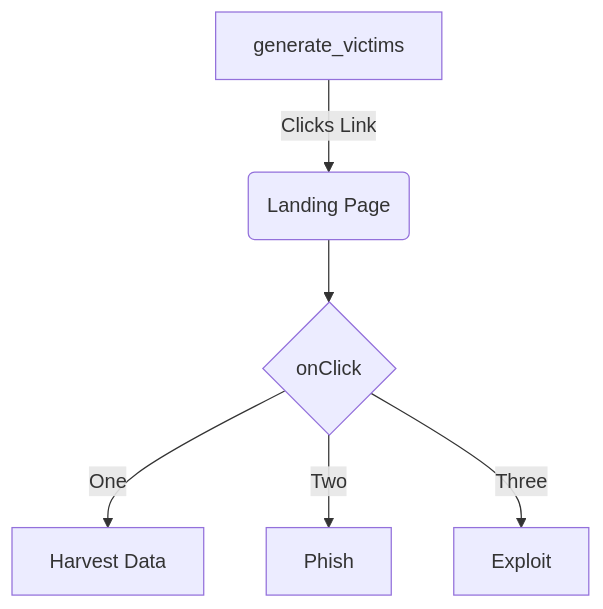
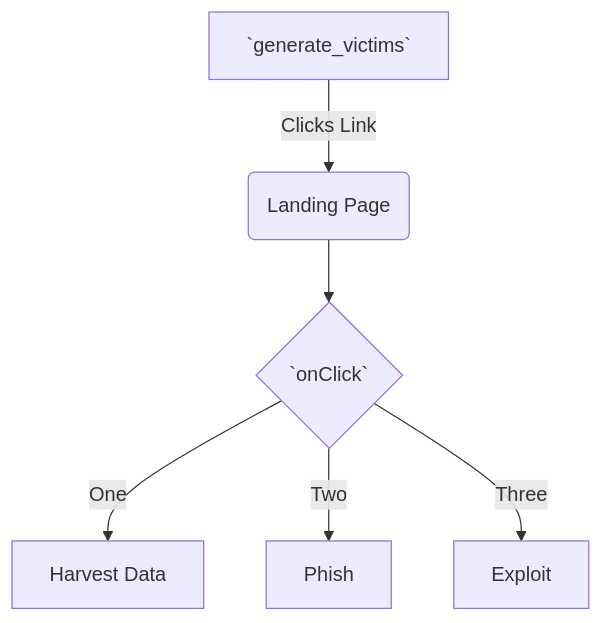
Before and after one commit to ricardolopezg/backend-swimm: the diagram in .swm/how-to-add-a-mermaid-diagram.qfdd1.sw.md, drawn with Mermaid. The commit also changed other lines of this file, not shown here.

Commit message:
docs(swimm): update swimms: "How to Add a Mermaid Diagram"

````diff
--- a/.swm/how-to-add-a-mermaid-diagram.qfdd1.sw.md
+++ b/.swm/how-to-add-a-mermaid-diagram.qfdd1.sw.md
@@ -12,8 +12,8 @@
 ```mermaid
 graph TD
-A[generate_victims] -->|Clicks Link| B(Landing Page)
-B --> C{onClick}
+A[`generate_victims`] -->|Clicks Link| B(Landing Page)
+B --> C{`onClick`}
 C -->|One| D[Harvest Data]
 C -->|Two| E[Phish]
 C -->|Three| F[Exploit]
 ```
````
